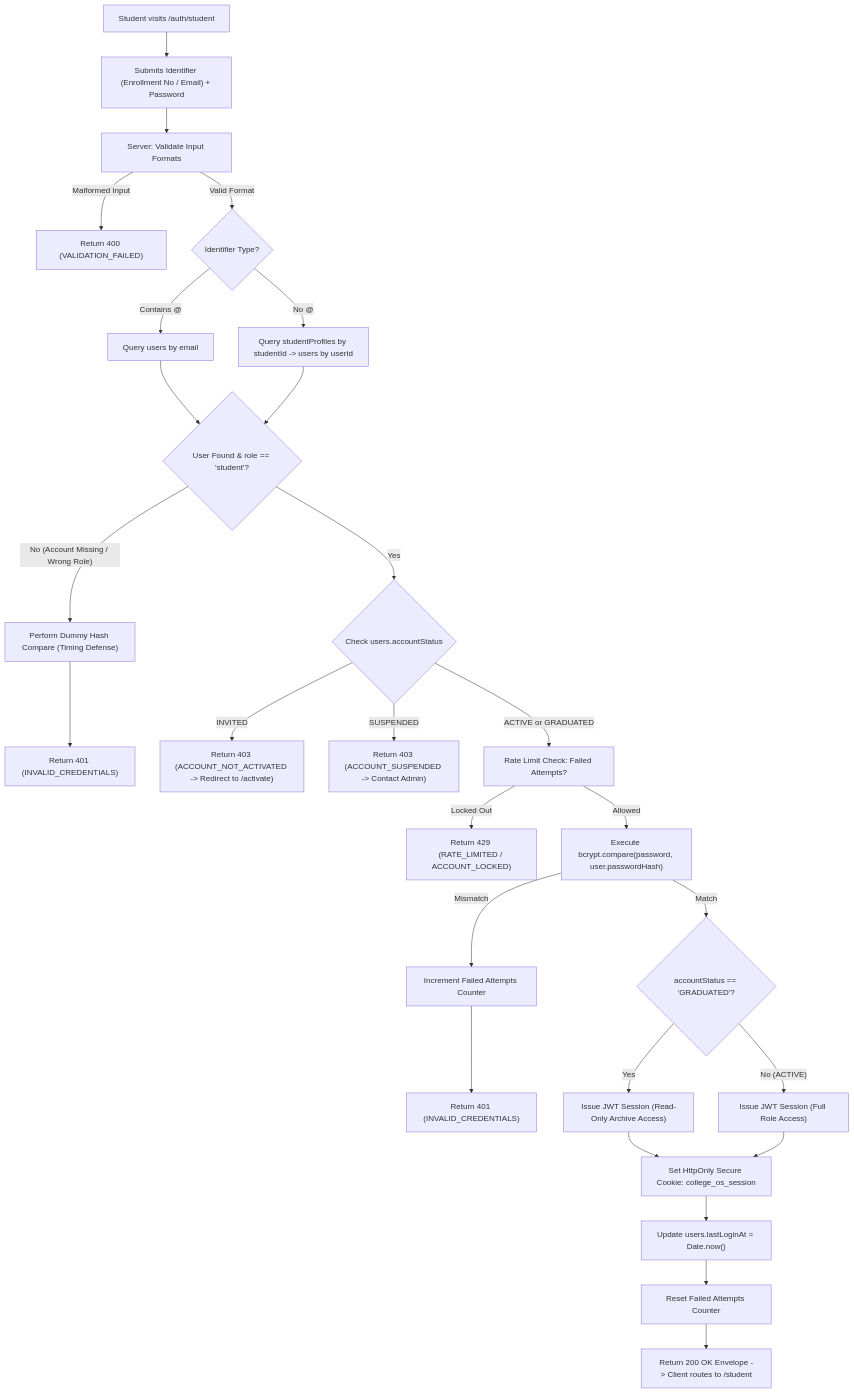
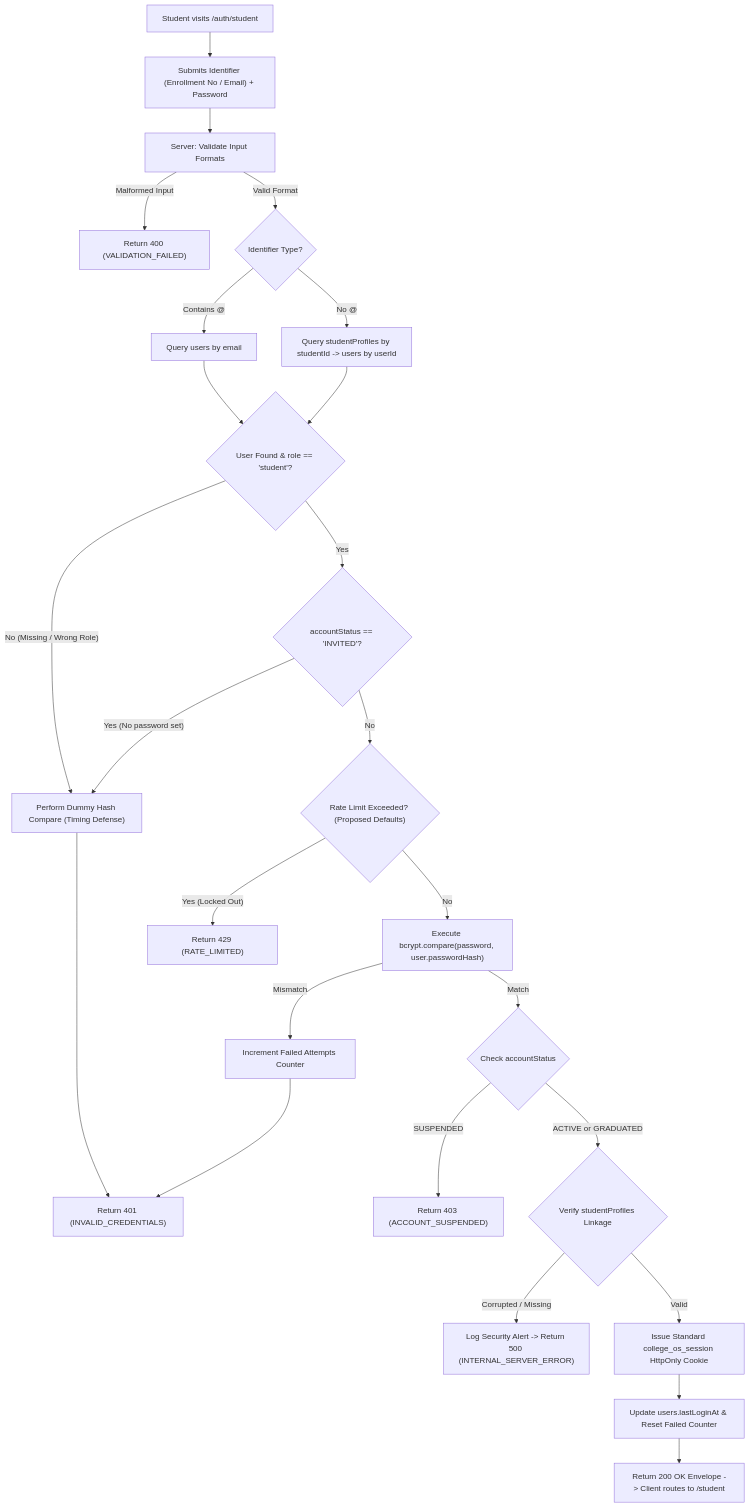
One commit to Hamidrza0008/Collage-OS changed the diagram in docs/features/authentication/student-login.md. Above: the diagram before and after it, drawn with Mermaid. The commit also changed other lines of this file and 2 other files, not shown here.

Commit message:
docs: add feature documentation for feature overview and staff and student authentication

````diff
--- a/docs/features/authentication/student-login.md
+++ b/docs/features/authentication/student-login.md
@@ -108,29 +113,27 @@
 ```mermaid
 flowchart TD
     A["Student visits /auth/student"] --> B["Submits Identifier (Enrollment No / Email) + Password"]
     B --> C["Server: Validate Input Formats"]
     C -- "Malformed Input" --> D["Return 400 (VALIDATION_FAILED)"]
     C -- "Valid Format" --> E{"Identifier Type?"}
     E -- "Contains @" --> F["Query users by email"]
     E -- "No @" --> G["Query studentProfiles by studentId -> users by userId"]
     F --> H{"User Found & role == 'student'?"}
     G --> H
-    H -- "No (Account Missing / Wrong Role)" --> I["Perform Dummy Hash Compare (Timing Defense)"]
+    H -- "No (Missing / Wrong Role)" --> I["Perform Dummy Hash Compare (Timing Defense)"]
     I --> J["Return 401 (INVALID_CREDENTIALS)"]
-    H -- "Yes" --> K{"Check users.accountStatus"}
-    K -- "INVITED" --> L["Return 403 (ACCOUNT_NOT_ACTIVATED -> Redirect to /activate)"]
-    K -- "SUSPENDED" --> M["Return 403 (ACCOUNT_SUSPENDED -> Contact Admin)"]
-    K -- "ACTIVE or GRADUATED" --> N["Rate Limit Check: Failed Attempts?"]
-    N -- "Locked Out" --> O["Return 429 (RATE_LIMITED / ACCOUNT_LOCKED)"]
-    N -- "Allowed" --> P["Execute bcrypt.compare(password, user.passwordHash)"]
-    P -- "Mismatch" --> Q["Increment Failed Attempts Counter"]
-    Q --> R["Return 401 (INVALID_CREDENTIALS)"]
-    P -- "Match" --> S{"accountStatus == 'GRADUATED'?"}
-    S -- "Yes" --> T["Issue JWT Session (Read-Only Archive Access)"]
-    S -- "No (ACTIVE)" --> U["Issue JWT Session (Full Role Access)"]
-    T --> V["Set HttpOnly Secure Cookie: college_os_session"]
-    U --> V
-    V --> W["Update users.lastLoginAt = Date.now()"]
-    W --> X["Reset Failed Attempts Counter"]
-    X --> Y["Return 200 OK Envelope -> Client routes to /student"]
+    H -- "Yes" --> K{"accountStatus == 'INVITED'?"}
+    K -- "Yes (No password set)" --> I
+    K -- "No" --> L{"Rate Limit Exceeded? (Proposed Defaults)"}
+    L -- "Yes (Locked Out)" --> M["Return 429 (RATE_LIMITED)"]
+    L -- "No" --> N["Execute bcrypt.compare(password, user.passwordHash)"]
+    N -- "Mismatch" --> O["Increment Failed Attempts Counter"]
+    O --> J
+    N -- "Match" --> P{"Check accountStatus"}
+    P -- "SUSPENDED" --> Q["Return 403 (ACCOUNT_SUSPENDED)"]
+    P -- "ACTIVE or GRADUATED" --> R{"Verify studentProfiles Linkage"}
+    R -- "Corrupted / Missing" --> S["Log Security Alert -> Return 500 (INTERNAL_SERVER_ERROR)"]
+    R -- "Valid" --> T["Issue Standard college_os_session HttpOnly Cookie"]
+    T --> U["Update users.lastLoginAt & Reset Failed Counter"]
+    U --> V["Return 200 OK Envelope -> Client routes to /student"]
 ```
````
